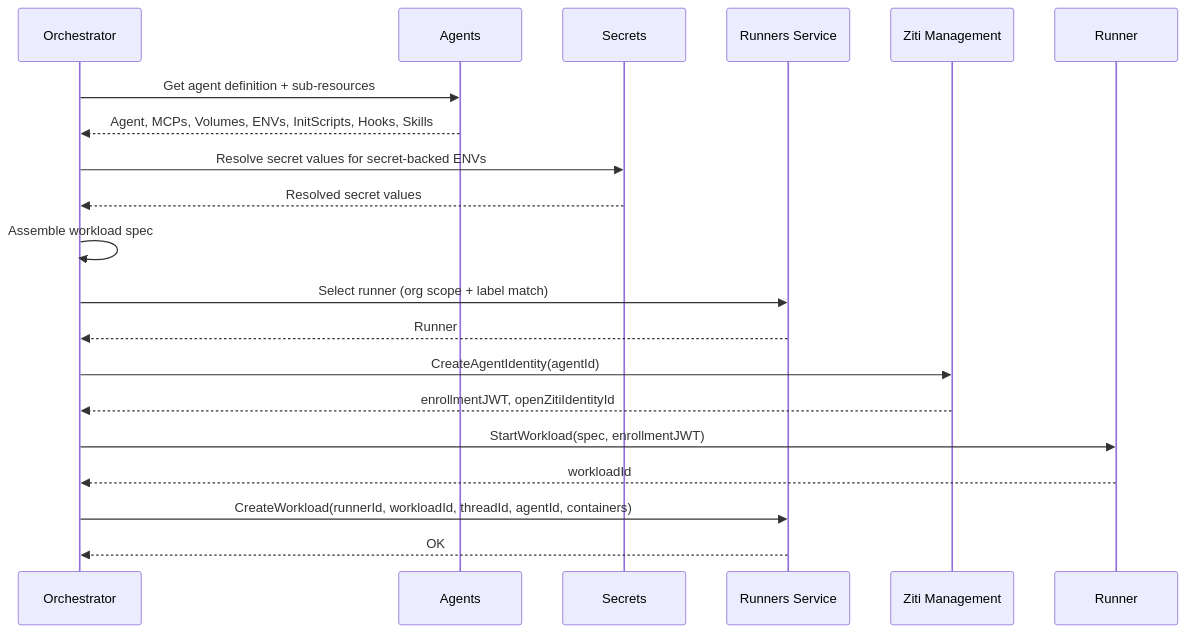
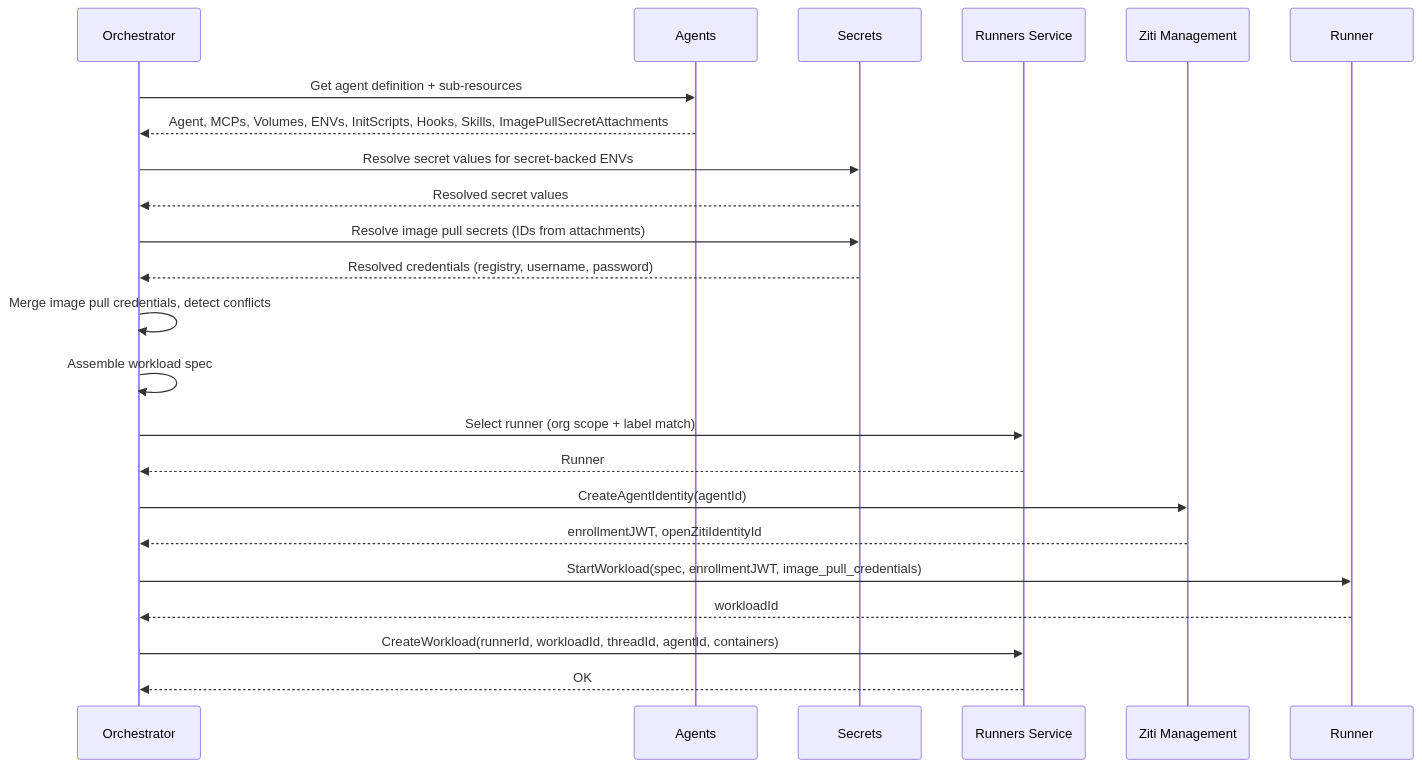
One commit to agynio/architecture changed the third of 4 diagrams in architecture/agents-orchestrator.md. Above: the diagram before and after it, drawn with Mermaid. The commit also changed other lines of this file and 9 other files, not shown here.

````diff
--- a/architecture/agents-orchestrator.md
+++ b/architecture/agents-orchestrator.md
@@ -92,23 +92,26 @@
 ```mermaid
 sequenceDiagram
     participant O as Orchestrator
     participant T as Agents
     participant S as Secrets
     participant RS as Runners Service
     participant ZM as Ziti Management
     participant R as Runner
 
     O->>T: Get agent definition + sub-resources
-    T-->>O: Agent, MCPs, Volumes, ENVs, InitScripts, Hooks, Skills
+    T-->>O: Agent, MCPs, Volumes, ENVs, InitScripts, Hooks, Skills, ImagePullSecretAttachments
     O->>S: Resolve secret values for secret-backed ENVs
     S-->>O: Resolved secret values
+    O->>S: Resolve image pull secrets (IDs from attachments)
+    S-->>O: Resolved credentials (registry, username, password)
+    O->>O: Merge image pull credentials, detect conflicts
     O->>O: Assemble workload spec
     O->>RS: Select runner (org scope + label match)
     RS-->>O: Runner
     O->>ZM: CreateAgentIdentity(agentId)
     ZM-->>O: enrollmentJWT, openZitiIdentityId
-    O->>R: StartWorkload(spec, enrollmentJWT)
+    O->>R: StartWorkload(spec, enrollmentJWT, image_pull_credentials)
     R-->>O: workloadId
     O->>RS: CreateWorkload(runnerId, workloadId, threadId, agentId, containers)
     RS-->>O: OK
 ```
````
